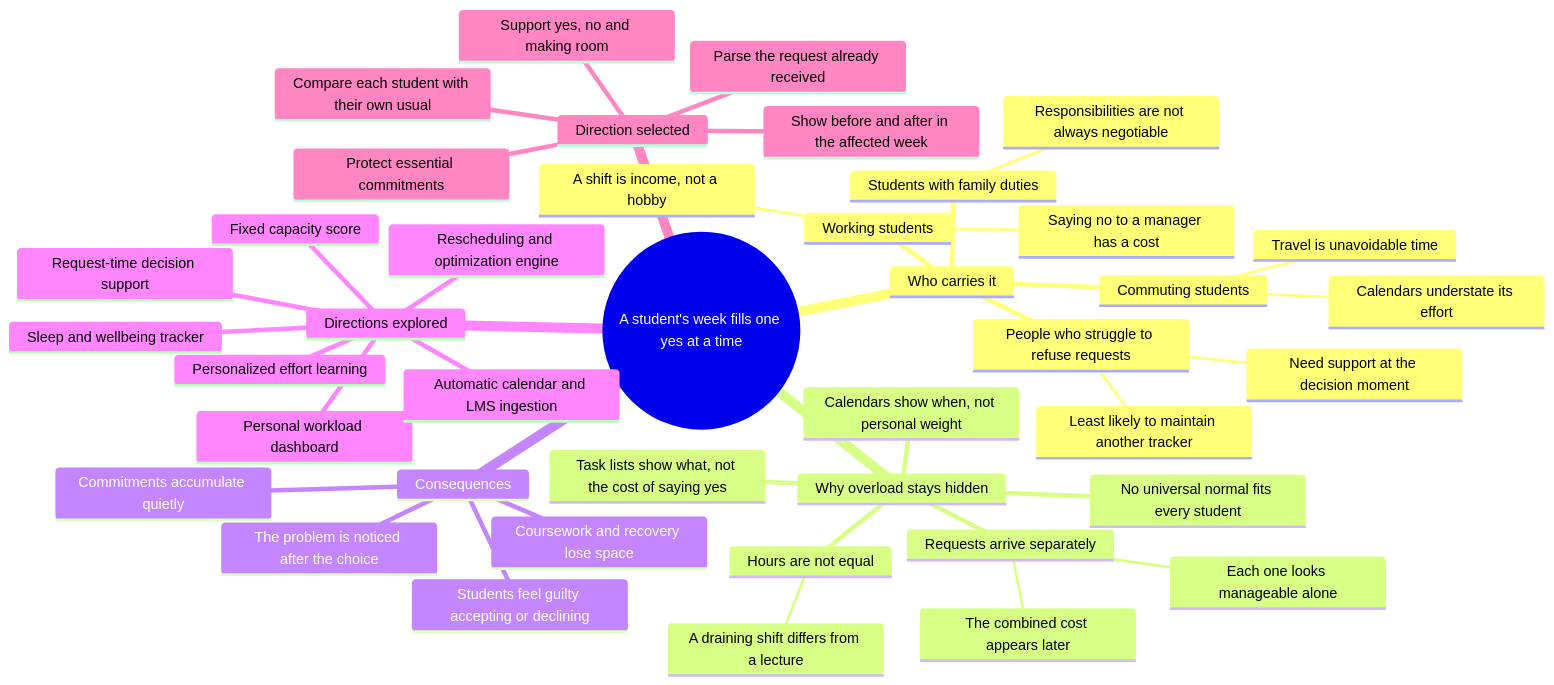
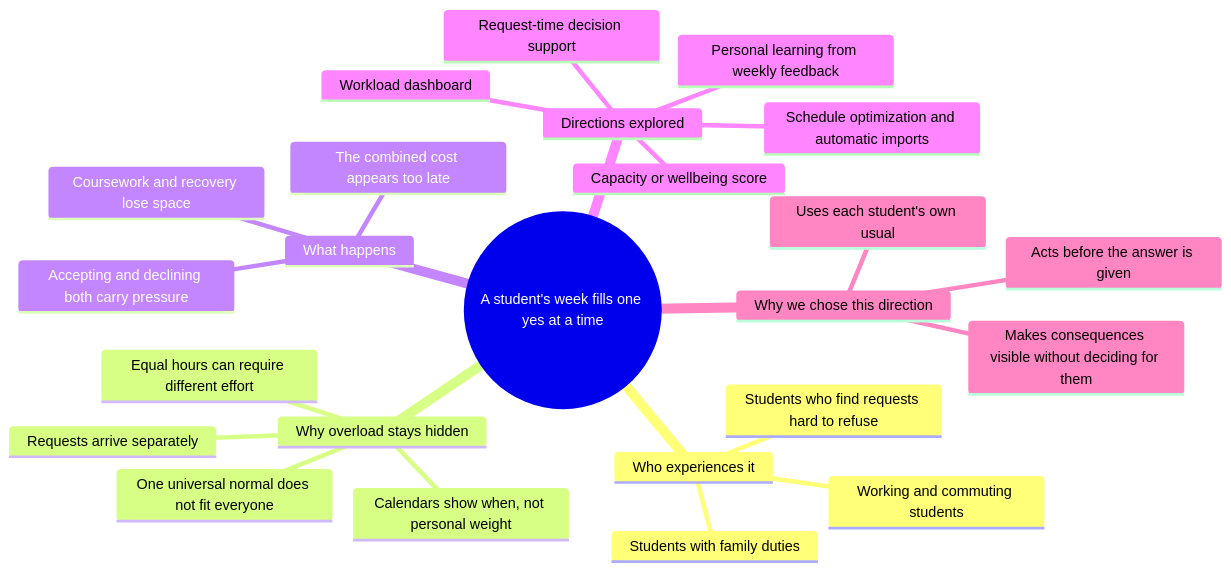
One commit to shuheng0330/CodeNection-2026 changed the first of 2 diagrams in docs/readme-draft-thong.md. Above: the diagram before and after it, drawn with Mermaid. The commit also changed other lines of this file, not shown here.

````diff
--- a/docs/readme-draft-thong.md
+++ b/docs/readme-draft-thong.md
@@ -50,44 +47,27 @@
 ```mermaid
 mindmap
   root((A student's week fills one yes at a time))
-    Who carries it
-      Working students
-        A shift is income, not a hobby
-        Saying no to a manager has a cost
-      Commuting students
-        Travel is unavoidable time
-        Calendars understate its effort
+    Who experiences it
+      Working and commuting students
       Students with family duties
-        Responsibilities are not always negotiable
-      People who struggle to refuse requests
-        Need support at the decision moment
-        Least likely to maintain another tracker
+      Students who find requests hard to refuse
     Why overload stays hidden
       Requests arrive separately
-        Each one looks manageable alone
-        The combined cost appears later
-      Hours are not equal
-        A draining shift differs from a lecture
+      Equal hours can require different effort
       Calendars show when, not personal weight
-      Task lists show what, not the cost of saying yes
-      No universal normal fits every student
-    Consequences
-      Commitments accumulate quietly
+      One universal normal does not fit everyone
+    What happens
+      The combined cost appears too late
       Coursework and recovery lose space
-      Students feel guilty accepting or declining
-      The problem is noticed after the choice
+      Accepting and declining both carry pressure
     Directions explored
-      Personal workload dashboard
-      Fixed capacity score
-      Sleep and wellbeing tracker
-      Automatic calendar and LMS ingestion
-      Rescheduling and optimization engine
+      Workload dashboard
+      Capacity or wellbeing score
+      Schedule optimization and automatic imports
+      Personal learning from weekly feedback
       Request-time decision support
-      Personalized effort learning
-    Direction selected
-      Compare each student with their own usual
-      Parse the request already received
-      Show before and after in the affected week
-      Support yes, no and making room
-      Protect essential commitments
+    Why we chose this direction
+      Uses each student's own usual
+      Acts before the answer is given
+      Makes consequences visible without deciding for them
 ```
````
